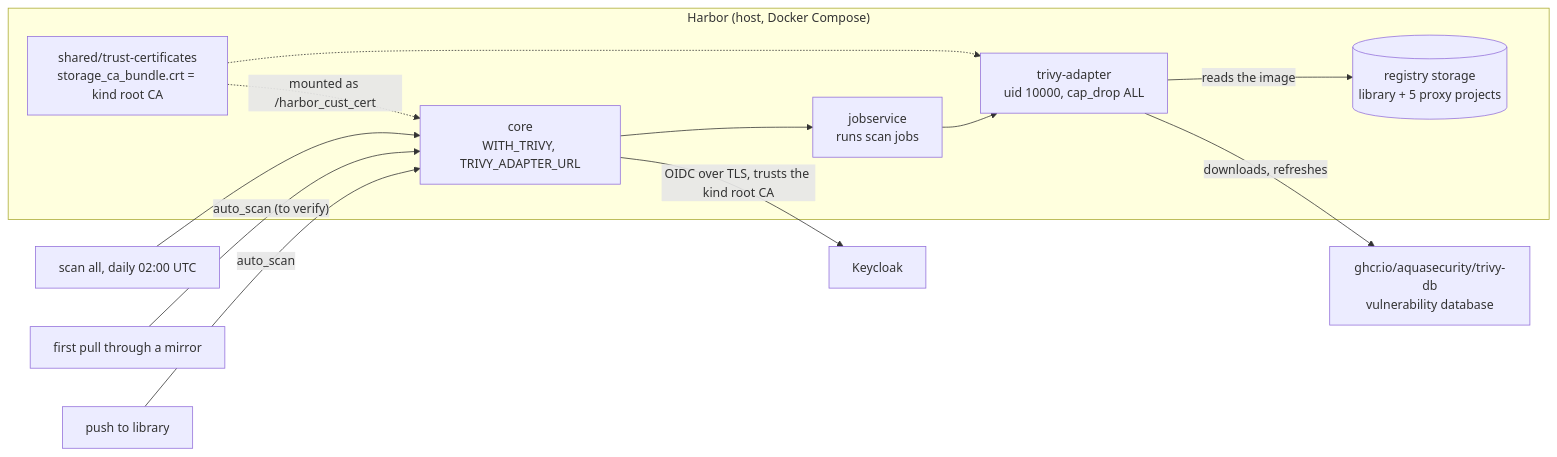
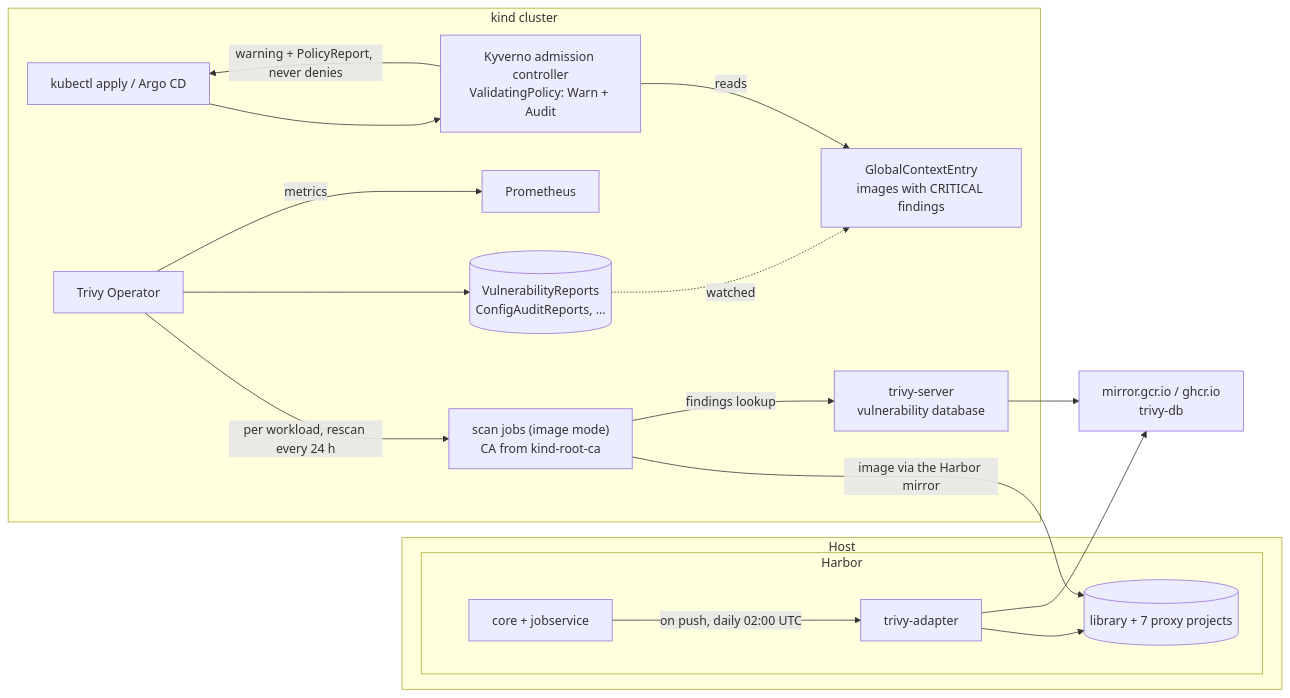
One commit to leopold2410/devcluster changed the diagram in update-setup-08.md. Above: the diagram before and after it, drawn with Mermaid. The commit also changed other lines of this file, not shown here.

First line of the commit message:
update-setup-08: add the Trivy Operator and Kyverno (warn at admission)

````diff
--- a/update-setup-08.md
+++ b/update-setup-08.md
@@ -83,22 +195,33 @@
 ```mermaid
 flowchart LR
-    subgraph harbor["Harbor (host, Docker Compose)"]
-        core["core<br/>WITH_TRIVY, TRIVY_ADAPTER_URL"]
-        js["jobservice<br/>runs scan jobs"]
-        trivy["trivy-adapter<br/>uid 10000, cap_drop ALL"]
-        store[("registry storage<br/>library + 5 proxy projects")]
-        trust["shared/trust-certificates<br/>storage_ca_bundle.crt = kind root CA"]
+    subgraph hostside["Host"]
+        subgraph harbor["Harbor"]
+            core["core + jobservice"]
+            adapter["trivy-adapter"]
+            store[("library + 7 proxy projects")]
+        end
     end
-    ghcr["ghcr.io/aquasecurity/trivy-db<br/>vulnerability database"]
-    kc["Keycloak"]
+    subgraph cluster["kind cluster"]
+        kubectl["kubectl apply / Argo CD"]
+        kyv["Kyverno admission controller<br/>ValidatingPolicy: Warn + Audit"]
+        gce["GlobalContextEntry<br/>images with CRITICAL findings"]
+        op["Trivy Operator"]
+        jobs["scan jobs (image mode)<br/>CA from kind-root-ca"]
+        server["trivy-server<br/>vulnerability database"]
+        reports[("VulnerabilityReports<br/>ConfigAuditReports, ...")]
+        prom["Prometheus"]
+    end
+    db["mirror.gcr.io / ghcr.io<br/>trivy-db"]
 
-    push["push to library"] -->|"auto_scan"| core
-    proxy["first pull through a mirror"] -->|"auto_scan (to verify)"| core
-    sched["scan all, daily 02:00 UTC"] --> core
-    core --> js --> trivy
-    trivy -->|"reads the image"| store
-    trivy -->|"downloads, refreshes"| ghcr
-    trust -.->|"mounted as /harbor_cust_cert"| core
-    trust -.-> trivy
-    core -->|"OIDC over TLS, trusts the kind root CA"| kc
+    core -->|"on push, daily 02:00 UTC"| adapter --> store
+    adapter --> db
+    op -->|"per workload, rescan every 24 h"| jobs
+    jobs -->|"image via the Harbor mirror"| store
+    jobs -->|"findings lookup"| server --> db
+    op --> reports
+    reports -. watched .-> gce
+    kubectl --> kyv
+    kyv -->|"reads"| gce
+    kyv -->|"warning + PolicyReport, never denies"| kubectl
+    op -->|"metrics"| prom
 ```
````
